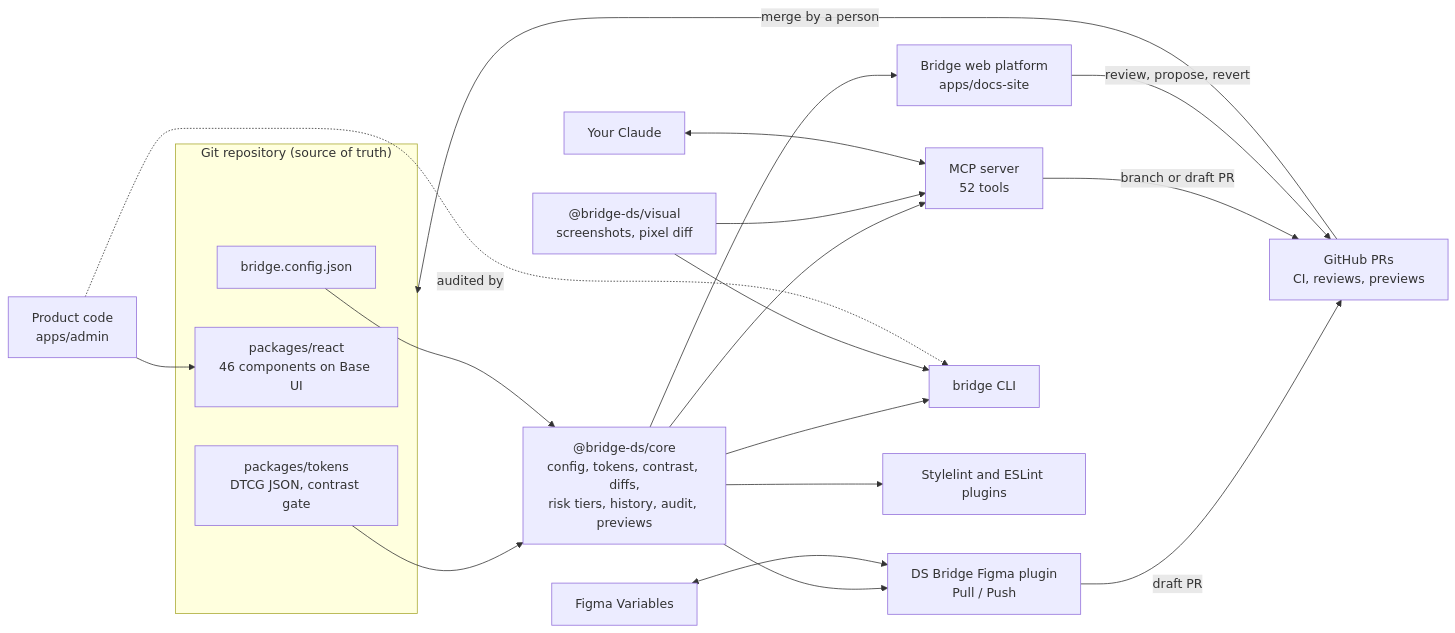
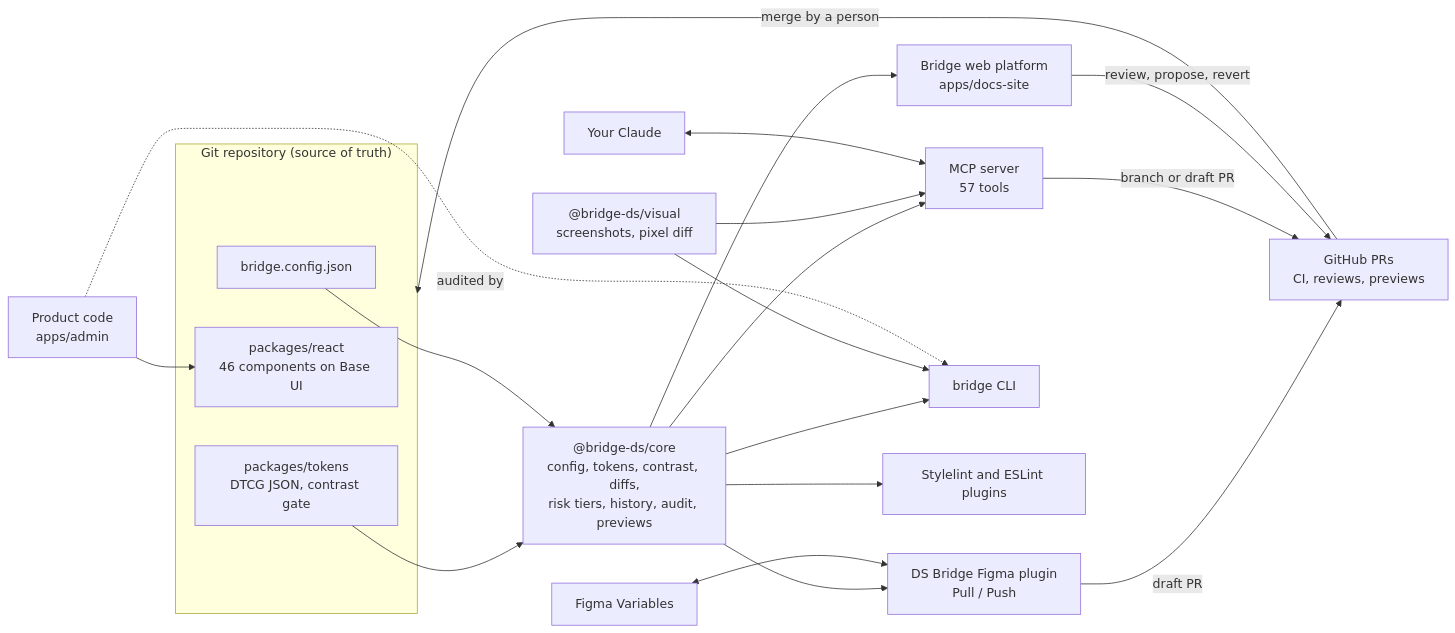
One commit to peterbono/ai-design-system-demo changed the diagram in README.md. Above: the diagram before and after it, drawn with Mermaid. The commit also changed other lines of this file and 21 other files, not shown here.

````diff
--- a/README.md
+++ b/README.md
@@ -130,31 +130,31 @@
 ```mermaid
 flowchart LR
   subgraph repo["Git repository (source of truth)"]
     tokens["packages/tokens<br/>DTCG JSON, contrast gate"]
     react["packages/react<br/>46 components on Base UI"]
     config["bridge.config.json"]
   end
 
   core["@bridge-ds/core<br/>config, tokens, contrast, diffs,<br/>risk tiers, history, audit, previews"]
 
   tokens --> core
   config --> core
 
   core --> docs["Bridge web platform<br/>apps/docs-site"]
   core --> plugin["DS Bridge Figma plugin<br/>Pull / Push"]
-  core --> mcp["MCP server<br/>52 tools"]
+  core --> mcp["MCP server<br/>57 tools"]
   core --> cli["bridge CLI"]
   core --> lint["Stylelint and ESLint plugins"]
   visual["@bridge-ds/visual<br/>screenshots, pixel diff"] --> cli
   visual --> mcp
 
   claude["Your Claude"] <--> mcp
   figma["Figma Variables"] <--> plugin
   product["Product code<br/>apps/admin"] --> react
   product -. audited by .-> cli
 
   plugin -- draft PR --> gh["GitHub PRs<br/>CI, reviews, previews"]
   mcp -- branch or draft PR --> gh
   docs -- review, propose, revert --> gh
   gh -- merge by a person --> repo
 ```
````
